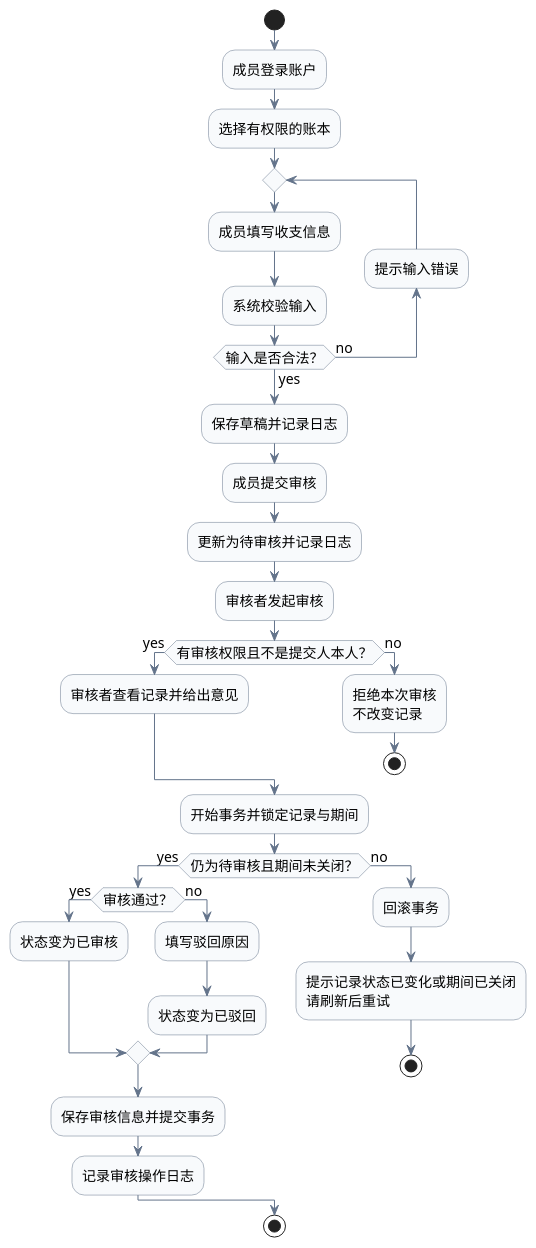
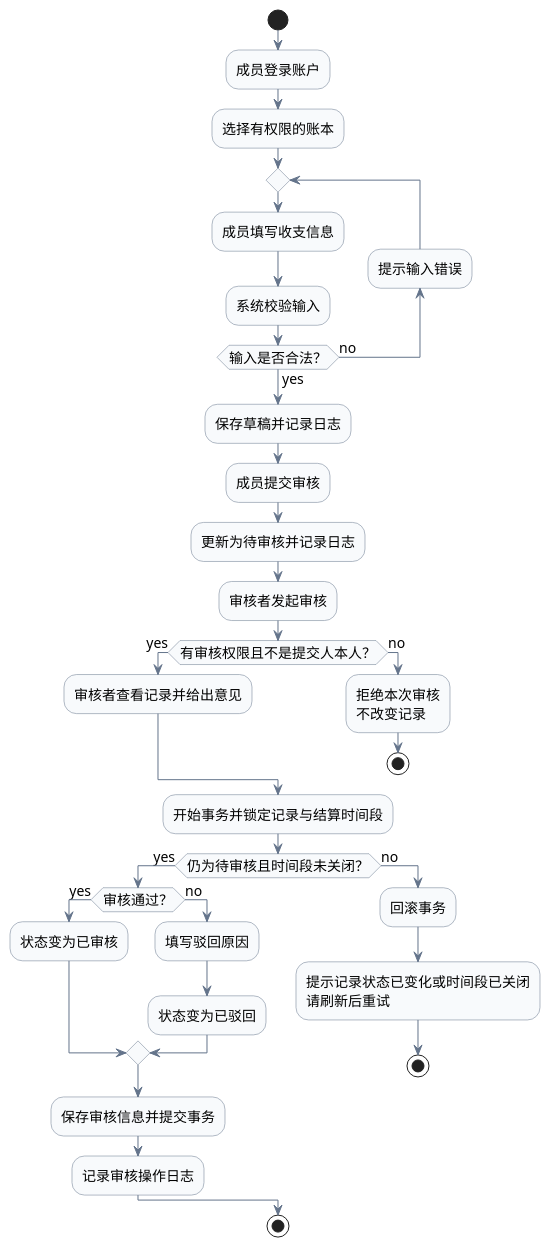
The diagram in UML/UML活动图.puml (ishtar1314/se-lab2-shared-ledger), drawn with PlantUML before and after one commit. The commit also changed 2 other files, not shown here.

Commit message:
完善实验报告并更新活动图

```diff
--- a/UML/UML活动图.puml
+++ b/UML/UML活动图.puml
@@ -1,51 +1,51 @@
 @startuml
 skinparam defaultFontName Microsoft YaHei
 skinparam defaultFontSize 14
 skinparam backgroundColor white
 skinparam shadowing false
 skinparam activityBackgroundColor #F8FAFC
 skinparam activityBorderColor #64748B
 skinparam ArrowColor #64748B
 
 start
 :成员登录账户;
 :选择有权限的账本;
 
 repeat
   :成员填写收支信息;
   :系统校验输入;
 backward:提示输入错误;
 repeat while (输入是否合法？) is (no) not (yes)
 
 :保存草稿并记录日志;
 
 :成员提交审核;
 :更新为待审核并记录日志;
 
 :审核者发起审核;
 if (有审核权限且不是提交人本人？) then (yes)
   :审核者查看记录并给出意见;
 else (no)
   :拒绝本次审核\n不改变记录;
   stop
 endif
 
 
-:开始事务并锁定记录与期间;
-if (仍为待审核且期间未关闭？) then (yes)
+:开始事务并锁定记录与结算时间段;
+if (仍为待审核且时间段未关闭？) then (yes)
   if (审核通过？) then (yes)
     :状态变为已审核;
   else (no)
     :填写驳回原因;
     :状态变为已驳回;
   endif
 
   :保存审核信息并提交事务;
   :记录审核操作日志;
 else (no)
   :回滚事务;
-  :提示记录状态已变化或期间已关闭\n请刷新后重试;
+  :提示记录状态已变化或时间段已关闭\n请刷新后重试;
   stop
 endif
 stop
 @enduml
```
